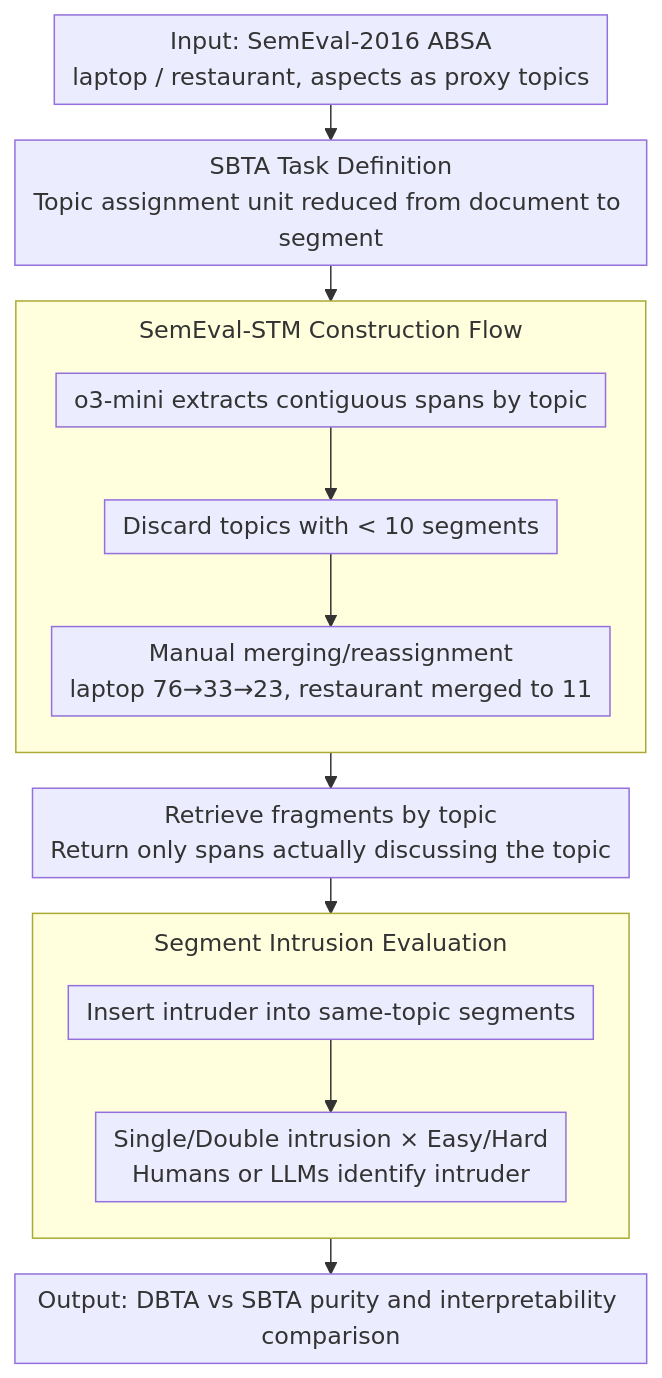
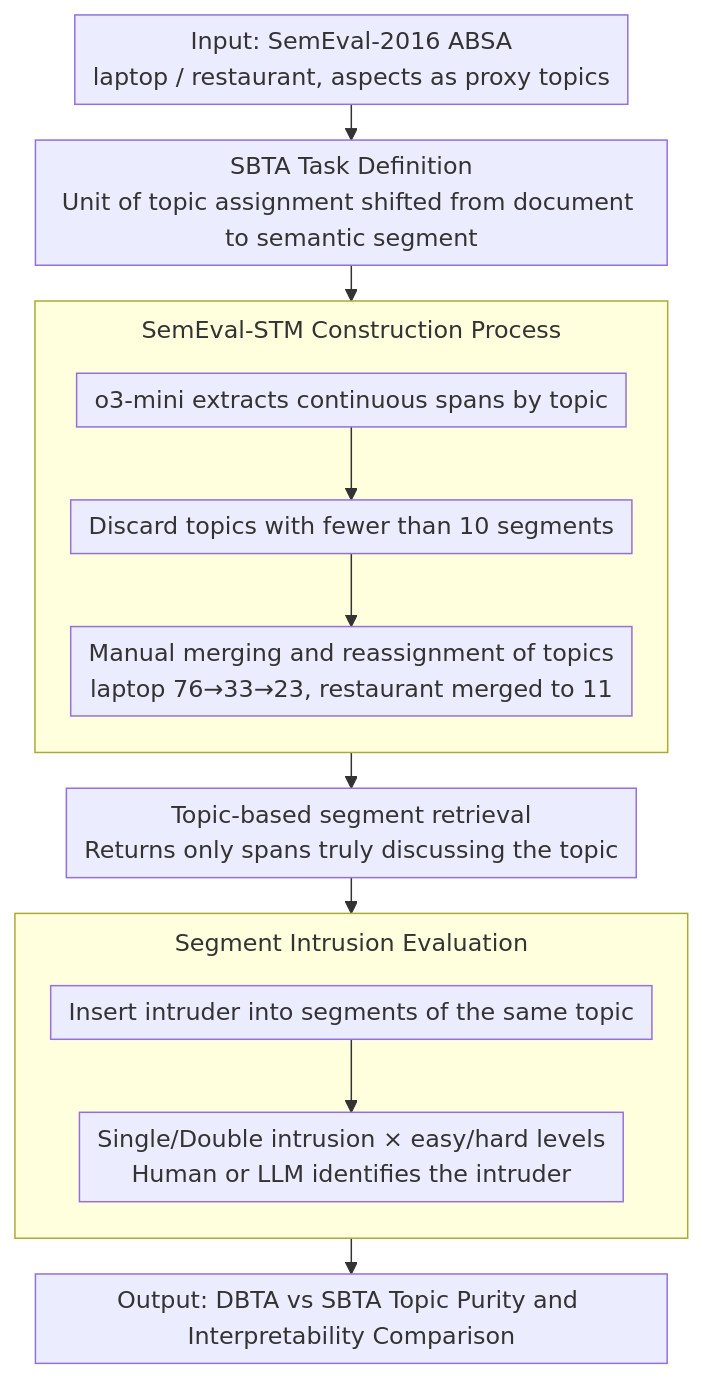
Before and after one commit to zhaoyang97/Paper-Notes-en: the diagram in docs/ACL2026/interpretability/from_documents_to_segments_a_contextual_reformulation_for_topic_assignment.md, drawn with Mermaid. The commit also changed other lines of this file and 5084 other files, not shown here.

````diff
--- a/docs/ACL2026/interpretability/from_documents_to_segments_a_contextual_reformulation_for_topic_assignment.md
+++ b/docs/ACL2026/interpretability/from_documents_to_segments_a_contextual_reformulation_for_topic_assignment.md
@@ -46,19 +46,19 @@
 ```mermaid
 %%{init: {'flowchart': {'rankSpacing': 24, 'nodeSpacing': 28, 'padding': 6, 'wrappingWidth': 400, 'subGraphTitleMargin': {'top': 8, 'bottom': 16}}}}%%
 flowchart TD
     A["Input: SemEval-2016 ABSA<br/>laptop / restaurant, aspects as proxy topics"]
-    A --> B["SBTA Task Definition<br/>Topic assignment unit reduced from document to segment"]
+    A --> B["SBTA Task Definition<br/>Unit of topic assignment shifted from document to semantic segment"]
     B --> S2
-    subgraph S2["SemEval-STM Construction Flow"]
+    subgraph S2["SemEval-STM Construction Process"]
         direction TB
-        C["o3-mini extracts contiguous spans by topic"] --> D["Discard topics with < 10 segments"]
-        D --> E["Manual merging/reassignment<br/>laptop 76→33→23, restaurant merged to 11"]
+        C["o3-mini extracts continuous spans by topic"] --> D["Discard topics with fewer than 10 segments"]
+        D --> E["Manual merging and reassignment of topics<br/>laptop 76→33→23, restaurant merged to 11"]
     end
-    S2 --> F["Retrieve fragments by topic<br/>Return only spans actually discussing the topic"]
+    S2 --> F["Topic-based segment retrieval<br/>Returns only spans truly discussing the topic"]
     F --> S3
     subgraph S3["Segment Intrusion Evaluation"]
         direction TB
-        G["Insert intruder into same-topic segments"] --> H["Single/Double intrusion × Easy/Hard<br/>Humans or LLMs identify intruder"]
+        G["Insert intruder into segments of the same topic"] --> H["Single/Double intrusion × easy/hard levels<br/>Human or LLM identifies the intruder"]
     end
-    S3 --> I["Output: DBTA vs SBTA purity and interpretability comparison"]
+    S3 --> I["Output: DBTA vs SBTA Topic Purity and Interpretability Comparison"]
 ```
````
